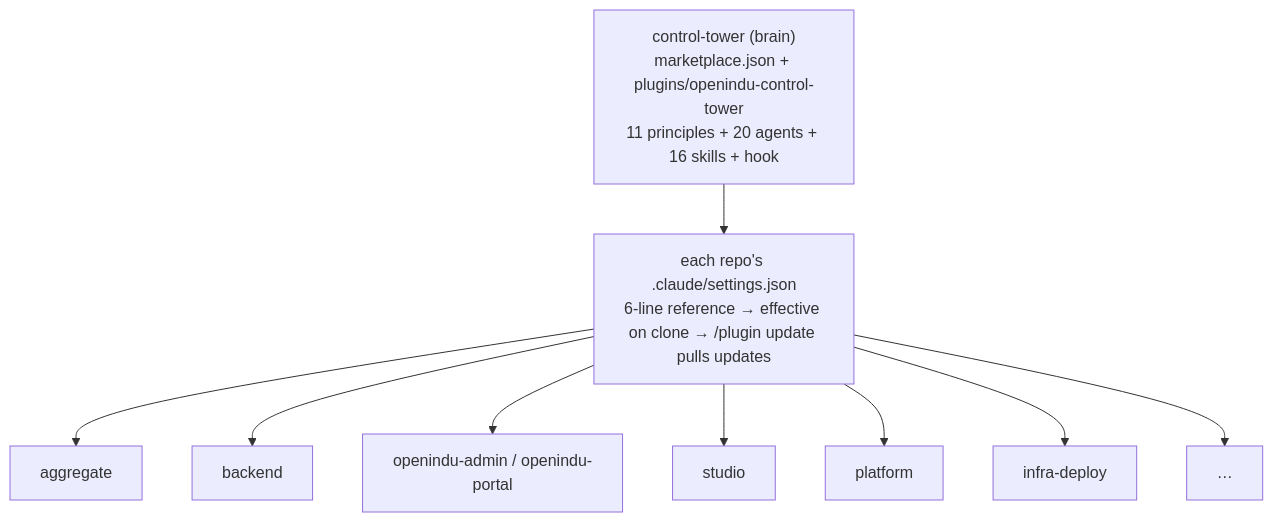
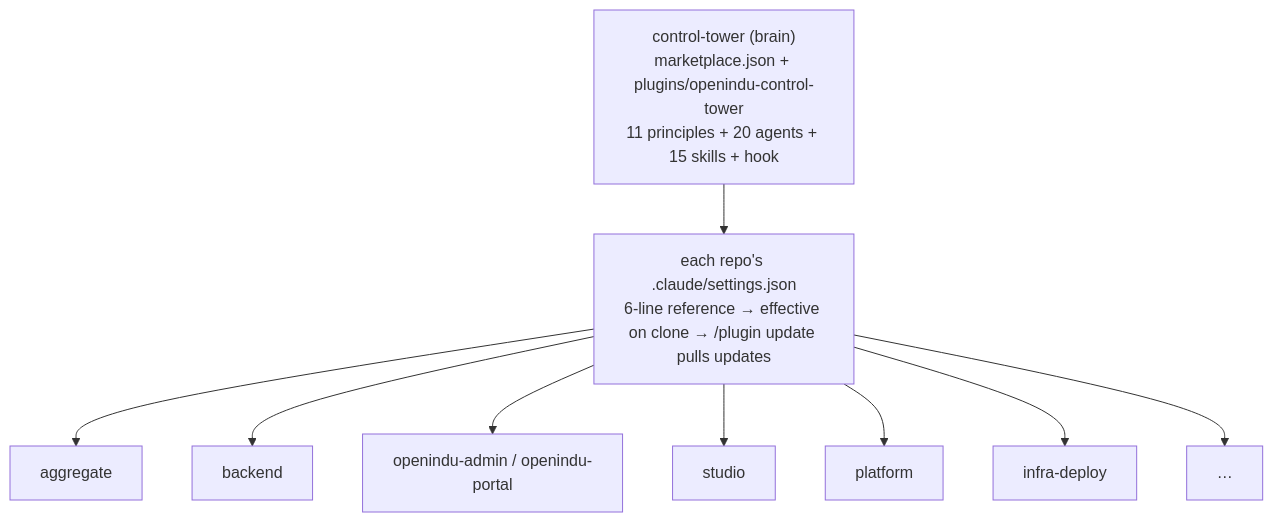
Before and after one commit to openIndu/control-tower: the first of 2 diagrams in AGENTS.md, drawn with Mermaid. The commit also changed other lines of this file and 159 other files, not shown here.

````diff
--- a/AGENTS.md
+++ b/AGENTS.md
@@ -43,13 +43,13 @@
 ```mermaid
 graph TD
-    brain["control-tower (brain)<br/>marketplace.json + plugins/openindu-control-tower<br/>11 principles + 20 agents + 16 skills + hook"]
+    brain["control-tower (brain)<br/>marketplace.json + plugins/openindu-control-tower<br/>11 principles + 20 agents + 15 skills + hook"]
     settings["each repo's .claude/settings.json<br/>6-line reference → effective on clone → /plugin update pulls updates"]
     brain --> settings
     settings --> aggregate
     settings --> backend
     settings --> adminportal["openindu-admin / openindu-portal"]
     settings --> studio
     settings --> platform
     settings --> infra["infra-deploy"]
     settings --> more["…"]
 ```
````
